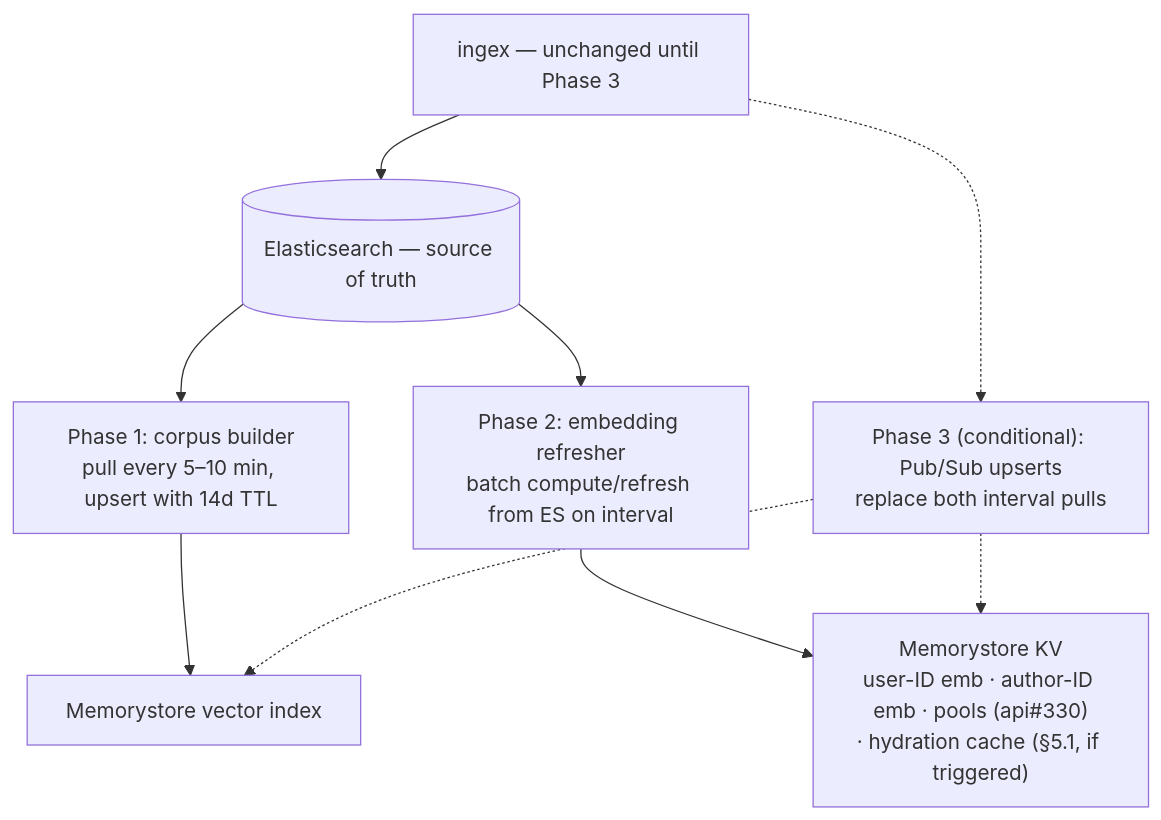
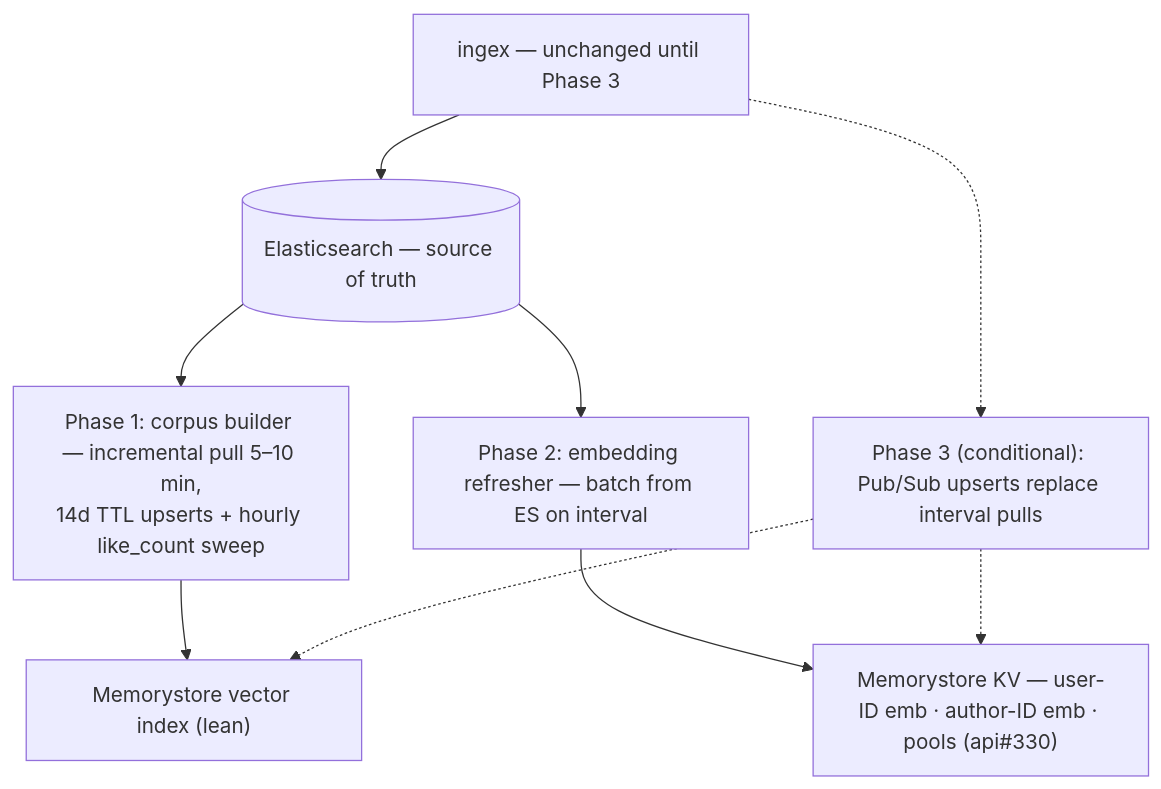
One commit to greenearth-social/api changed the second of 4 diagrams in docs/design/feeds-datastore-redesign.md. Above: the diagram before and after it, drawn with Mermaid. The commit also changed other lines of this file, not shown here.

Commit message:
Lean rewrite: lean index with server-side hybrid traction filter; Phase 2 as Memorystore synergy; homogeneity column; algorithm menu to appendix

````diff
--- a/docs/design/feeds-datastore-redesign.md
+++ b/docs/design/feeds-datastore-redesign.md
@@ -139,11 +115,11 @@
 ```mermaid
 flowchart TB
     ING["ingex — unchanged until Phase 3"] --> ES[("Elasticsearch — source of truth")]
-    ES --> B1["Phase 1: corpus builder<br/>pull every 5–10 min, upsert with 14d TTL"]
-    B1 --> ANN["Memorystore vector index"]
-    ES --> B2["Phase 2: embedding refresher<br/>batch compute/refresh from ES on interval"]
-    B2 --> KV["Memorystore KV<br/>user-ID emb · author-ID emb · pools (api#330)<br/>· hydration cache (§5.1, if triggered)"]
-    ING -.-> B3["Phase 3 (conditional): Pub/Sub upserts<br/>replace both interval pulls"]
+    ES --> B1["Phase 1: corpus builder — incremental pull 5–10 min,<br/>14d TTL upserts + hourly like_count sweep"]
+    B1 --> ANN["Memorystore vector index (lean)"]
+    ES --> B2["Phase 2: embedding refresher — batch from ES on interval"]
+    B2 --> KV["Memorystore KV — user-ID emb · author-ID emb · pools (api#330)"]
+    ING -.-> B3["Phase 3 (conditional): Pub/Sub upserts replace interval pulls"]
     B3 -.-> ANN
     B3 -.-> KV
 ```
````
